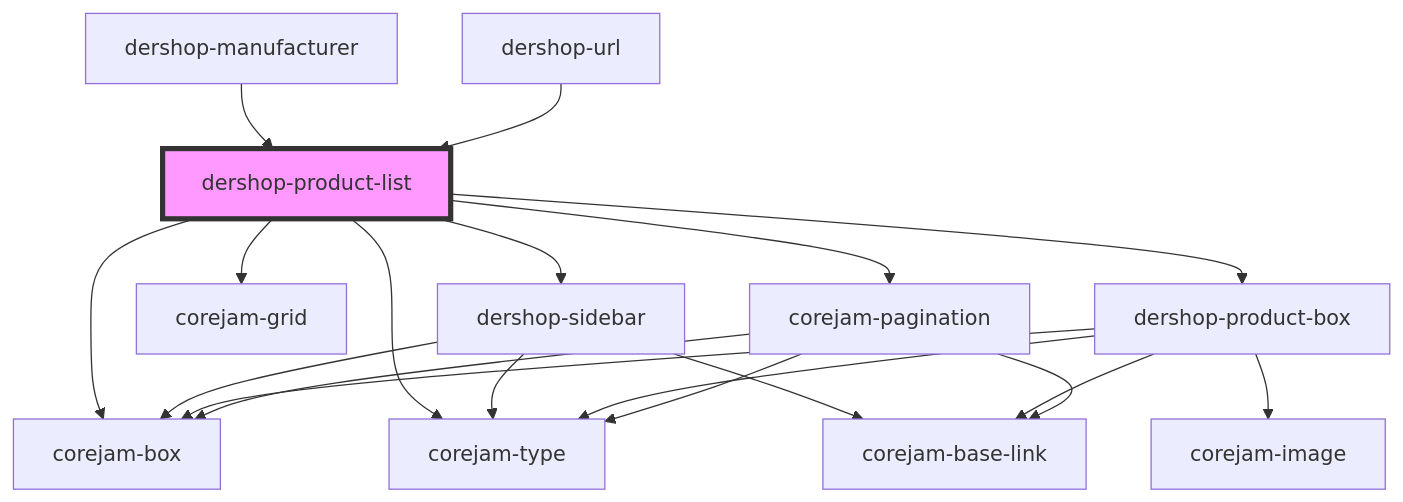
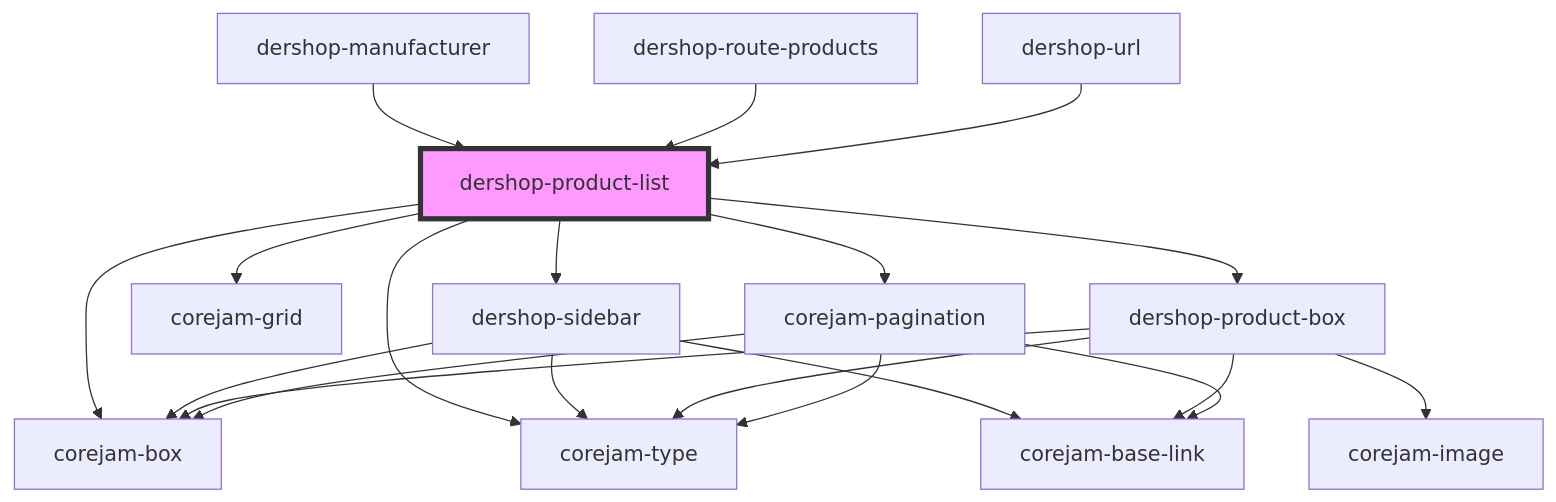
Before and after one commit to corejam/corejam: the diagram in packages/plugins/dershop/app/components/dershop-product-list/readme.md, drawn with Mermaid. The commit also changed other lines of this file and 15 other files, not shown here.

````diff
--- a/packages/plugins/dershop/app/components/dershop-product-list/readme.md
+++ b/packages/plugins/dershop/app/components/dershop-product-list/readme.md
@@ -33,22 +34,23 @@
 ```mermaid
 graph TD;
   dershop-product-list --> corejam-box
   dershop-product-list --> dershop-sidebar
   dershop-product-list --> corejam-type
   dershop-product-list --> corejam-grid
   dershop-product-list --> dershop-product-box
   dershop-product-list --> corejam-pagination
   dershop-sidebar --> corejam-box
   dershop-sidebar --> corejam-type
   dershop-sidebar --> corejam-base-link
   dershop-product-box --> corejam-box
   dershop-product-box --> corejam-base-link
   dershop-product-box --> corejam-image
   dershop-product-box --> corejam-type
   corejam-pagination --> corejam-box
   corejam-pagination --> corejam-base-link
   corejam-pagination --> corejam-type
   dershop-manufacturer --> dershop-product-list
+  dershop-route-products --> dershop-product-list
   dershop-url --> dershop-product-list
   style dershop-product-list fill:#f9f,stroke:#333,stroke-width:4px
 ```
````
